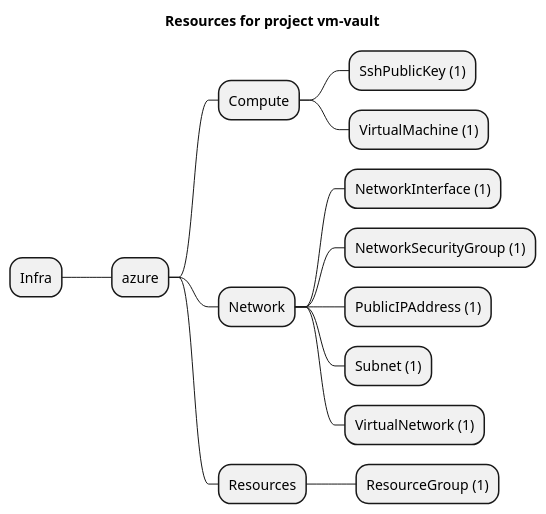
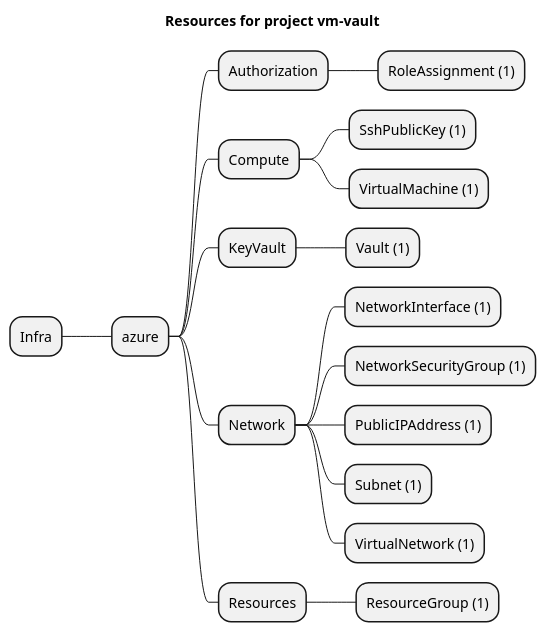
The diagram in examples/azure/Compute/vm-vault/artifacts/resources-mindmap.puml (grucloud/grucloud), drawn with PlantUML before and after one commit. The commit also changed 4 other files, not shown here.

```diff
--- a/examples/azure/Compute/vm-vault/artifacts/resources-mindmap.puml
+++ b/examples/azure/Compute/vm-vault/artifacts/resources-mindmap.puml
@@ -1,17 +1,21 @@
 @startmindmap
 title Resources for project vm-vault
 skinparam monochrome true
 + Infra
 ++ azure
++++ Authorization
+++++ RoleAssignment (1)
 +++ Compute
 ++++ SshPublicKey (1)
 ++++ VirtualMachine (1)
++++ KeyVault
+++++ Vault (1)
 +++ Network
 ++++ NetworkInterface (1)
 ++++ NetworkSecurityGroup (1)
 ++++ PublicIPAddress (1)
 ++++ Subnet (1)
 ++++ VirtualNetwork (1)
 +++ Resources
 ++++ ResourceGroup (1)
 @endmindmap
```
